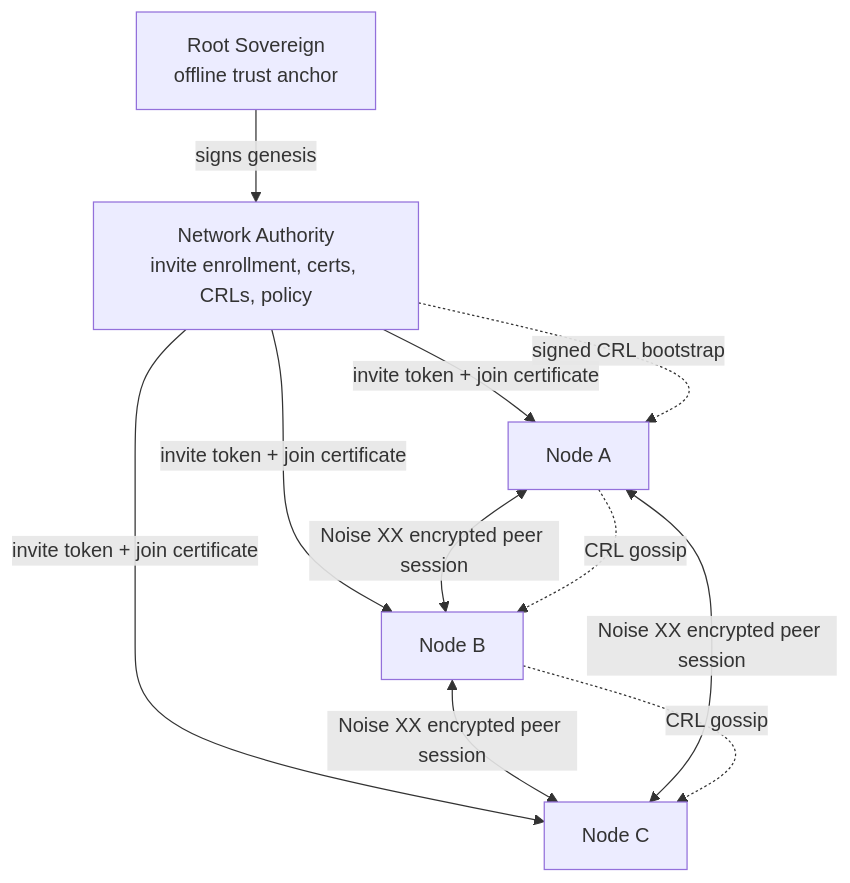
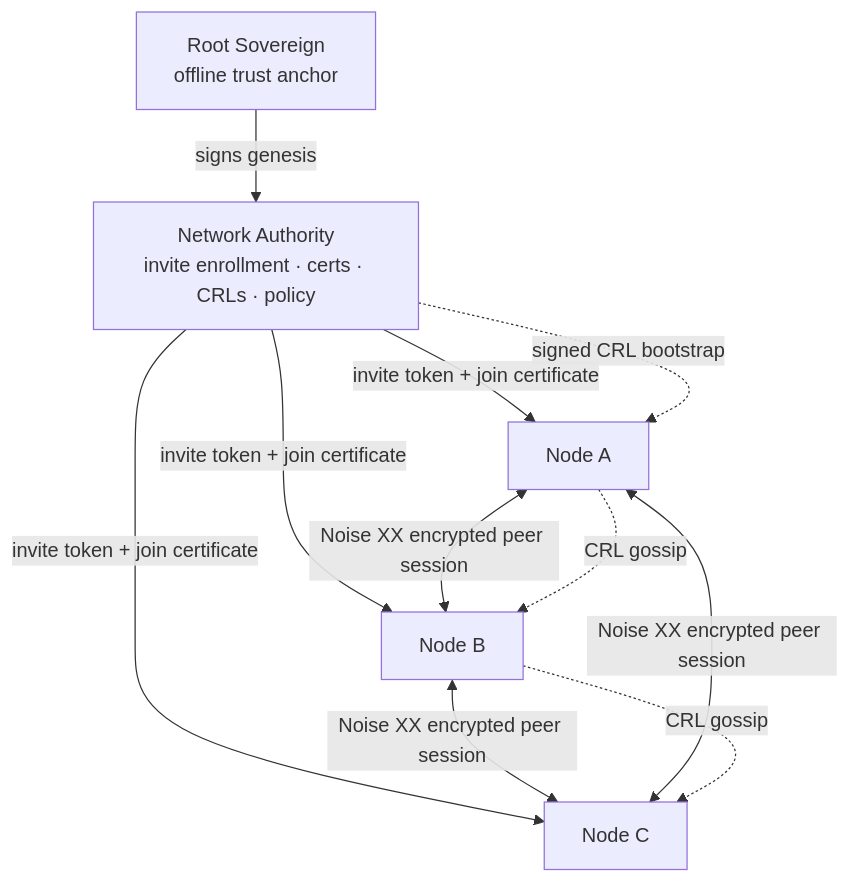
One commit to GenesisMeshLabs/genesismesh changed the diagram in README.md. Above: the diagram before and after it, drawn with Mermaid. The commit also changed other lines of this file, not shown here.

````diff
--- a/README.md
+++ b/README.md
@@ -13,21 +14,21 @@
 ```mermaid
 flowchart TD
     RS["Root Sovereign<br/>offline trust anchor"]
-    NA["Network Authority<br/>invite enrollment, certs, CRLs, policy"]
+    NA["Network Authority<br/>invite enrollment · certs · CRLs · policy"]
     A["Node A"]
     B["Node B"]
     C["Node C"]
 
     RS -->|"signs genesis"| NA
     NA -->|"invite token + join certificate"| A
     NA -->|"invite token + join certificate"| B
     NA -->|"invite token + join certificate"| C
 
     A <-->|"Noise XX encrypted peer session"| B
     B <-->|"Noise XX encrypted peer session"| C
     A <-->|"Noise XX encrypted peer session"| C
 
     NA -.->|"signed CRL bootstrap"| A
     A -.->|"CRL gossip"| B
     B -.->|"CRL gossip"| C
 ```
````
